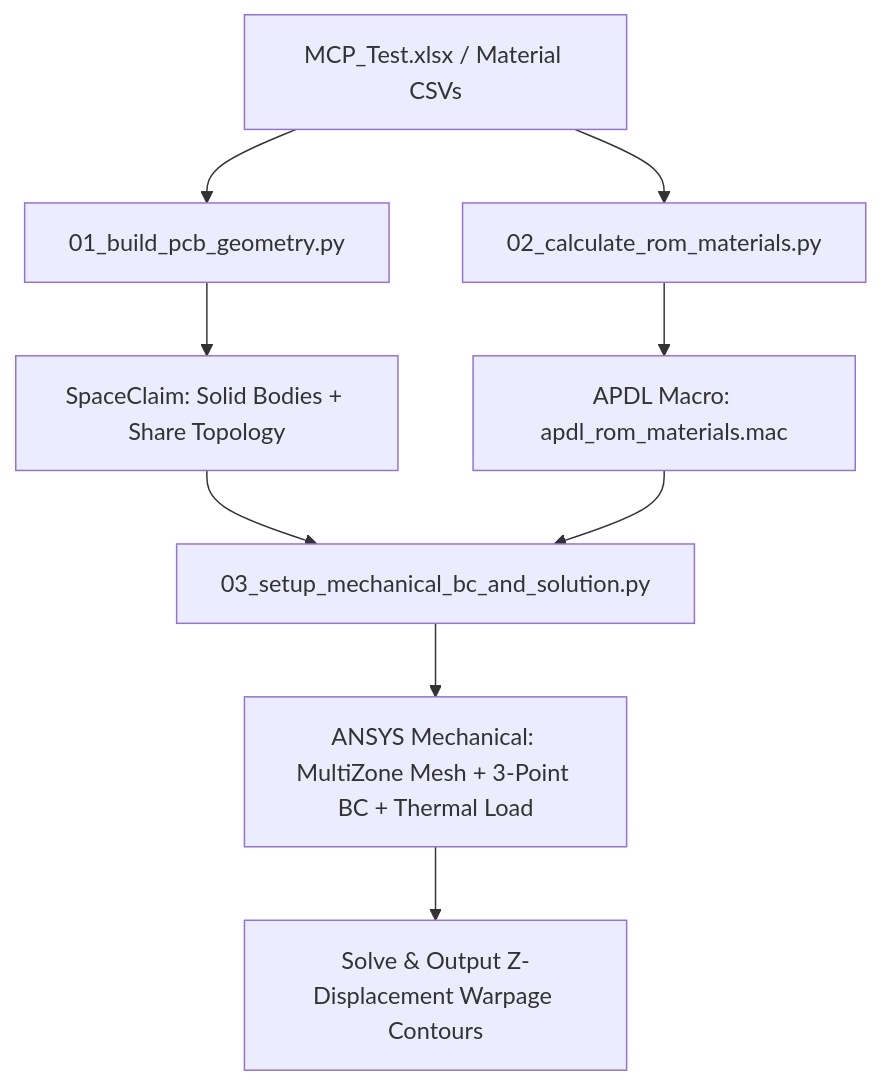
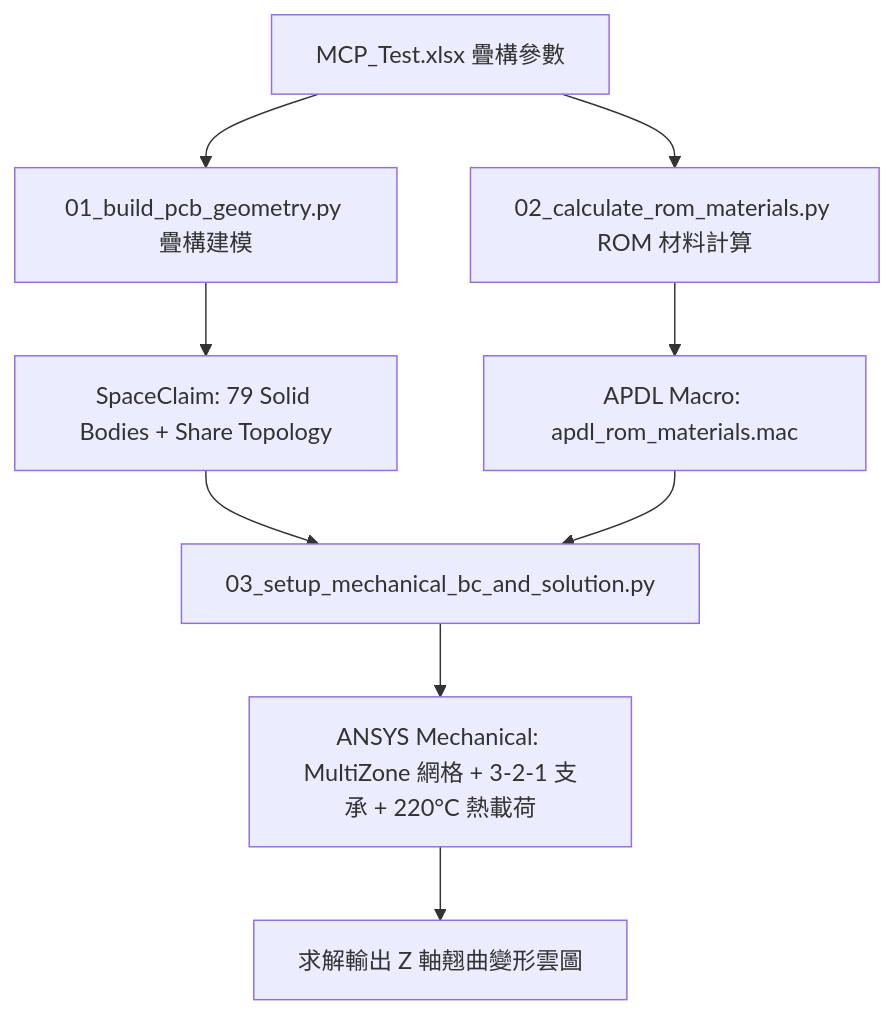
Before and after one commit to ikaros0902/ansys-unified-mcp: the diagram in .kiro/skills/pcb-warpage-analysis/SKILL.md, drawn with Mermaid. The commit also changed other lines of this file and 14 other files, not shown here.

````diff
--- a/.kiro/skills/pcb-warpage-analysis/SKILL.md
+++ b/.kiro/skills/pcb-warpage-analysis/SKILL.md
@@ -15,11 +19,11 @@
 ```mermaid
 flowchart TD
-    A[MCP_Test.xlsx / Material CSVs] --> B[01_build_pcb_geometry.py]
-    A --> C[02_calculate_rom_materials.py]
-    B --> D[SpaceClaim: Solid Bodies + Share Topology]
+    A[MCP_Test.xlsx 疊構參數] --> B[01_build_pcb_geometry.py 疊構建模]
+    A --> C[02_calculate_rom_materials.py ROM 材料計算]
+    B --> D[SpaceClaim: 79 Solid Bodies + Share Topology]
     C --> E[APDL Macro: apdl_rom_materials.mac]
     D --> F[03_setup_mechanical_bc_and_solution.py]
     E --> F
-    F --> G[ANSYS Mechanical: MultiZone Mesh + 3-Point BC + Thermal Load]
-    G --> H[Solve & Output Z-Displacement Warpage Contours]
+    F --> G[ANSYS Mechanical: MultiZone 網格 + 3-2-1 支承 + 220°C 熱載荷]
+    G --> H[求解輸出 Z 軸翹曲變形雲圖]
 ```
````
